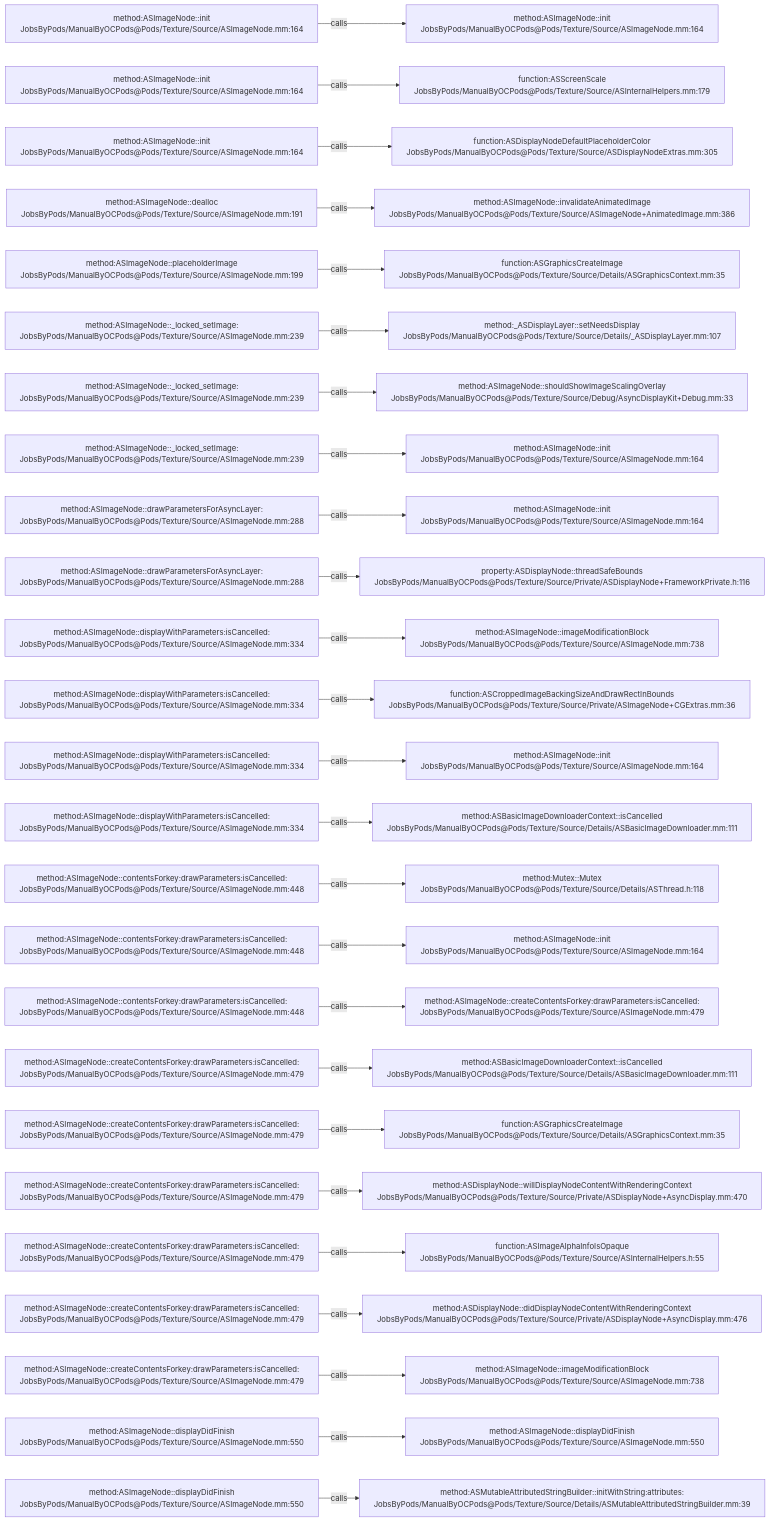
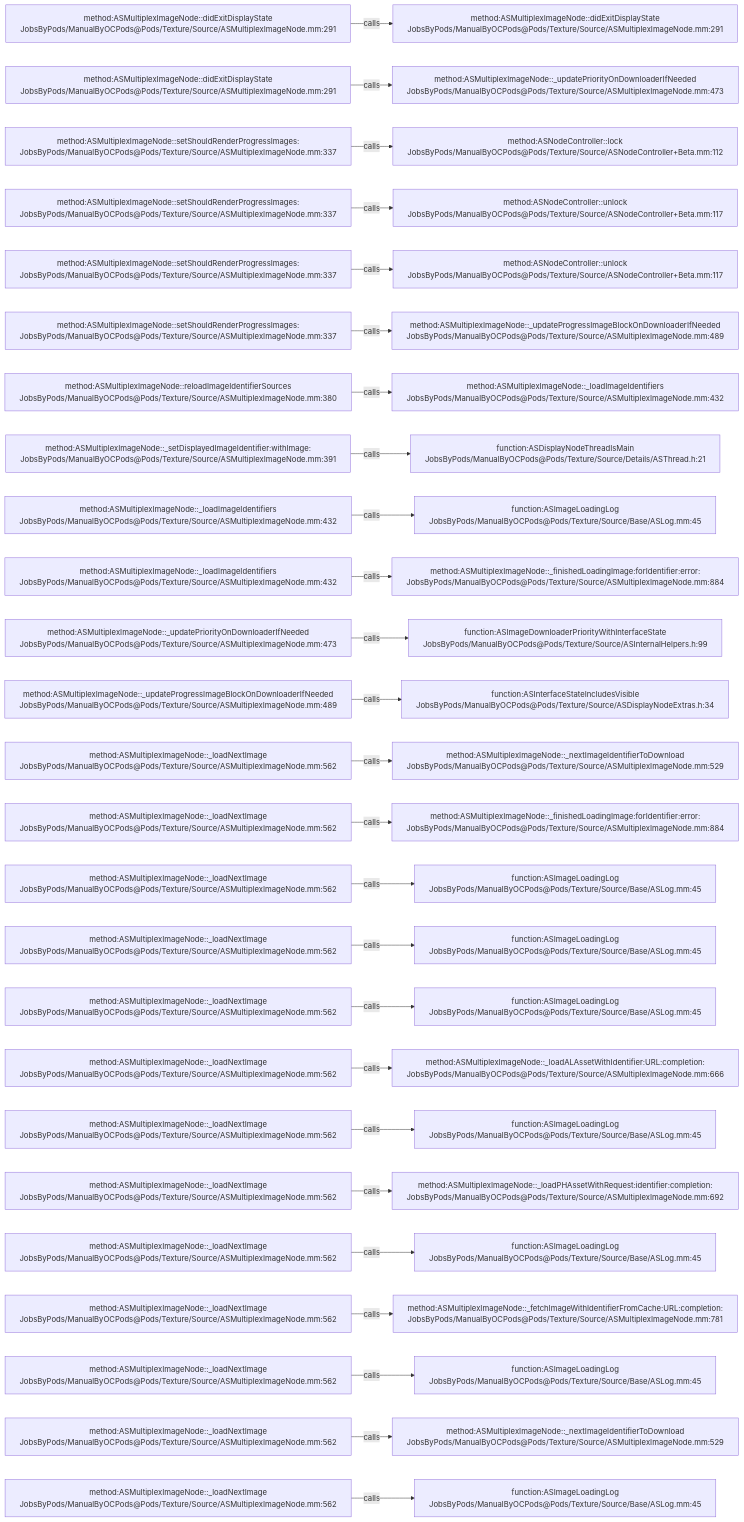
The diagram in .codegraph/codegraph.md/graphs/calls-117.md (JobsKits/JobsOCBaseConfigDemo), drawn with Mermaid before and after one commit. The commit also changed 1223 other files, not shown here.

````diff
--- a/.codegraph/codegraph.md/graphs/calls-117.md
+++ b/.codegraph/codegraph.md/graphs/calls-117.md
@@ -13,78 +13,78 @@
 ```mermaid
 flowchart LR
-  S1["method:ASImageNode::init<br/>JobsByPods/ManualByOCPods@Pods/Texture/Source/ASImageNode.mm:164"]
-  T1["method:ASImageNode::init<br/>JobsByPods/ManualByOCPods@Pods/Texture/Source/ASImageNode.mm:164"]
+  S1["method:ASMultiplexImageNode::didExitDisplayState<br/>JobsByPods/ManualByOCPods@Pods/Texture/Source/ASMultiplexImageNode.mm:291"]
+  T1["method:ASMultiplexImageNode::didExitDisplayState<br/>JobsByPods/ManualByOCPods@Pods/Texture/Source/ASMultiplexImageNode.mm:291"]
   S1 -->|calls| T1
-  S2["method:ASImageNode::init<br/>JobsByPods/ManualByOCPods@Pods/Texture/Source/ASImageNode.mm:164"]
-  T2["function:ASScreenScale<br/>JobsByPods/ManualByOCPods@Pods/Texture/Source/ASInternalHelpers.mm:179"]
+  S2["method:ASMultiplexImageNode::didExitDisplayState<br/>JobsByPods/ManualByOCPods@Pods/Texture/Source/ASMultiplexImageNode.mm:291"]
+  T2["method:ASMultiplexImageNode::_updatePriorityOnDownloaderIfNeeded<br/>JobsByPods/ManualByOCPods@Pods/Texture/Source/ASMultiplexImageNode.mm:473"]
   S2 -->|calls| T2
-  S3["method:ASImageNode::init<br/>JobsByPods/ManualByOCPods@Pods/Texture/Source/ASImageNode.mm:164"]
-  T3["function:ASDisplayNodeDefaultPlaceholderColor<br/>JobsByPods/ManualByOCPods@Pods/Texture/Source/ASDisplayNodeExtras.mm:305"]
+  S3["method:ASMultiplexImageNode::setShouldRenderProgressImages:<br/>JobsByPods/ManualByOCPods@Pods/Texture/Source/ASMultiplexImageNode.mm:337"]
+  T3["method:ASNodeController::lock<br/>JobsByPods/ManualByOCPods@Pods/Texture/Source/ASNodeController+Beta.mm:112"]
   S3 -->|calls| T3
-  S4["method:ASImageNode::dealloc<br/>JobsByPods/ManualByOCPods@Pods/Texture/Source/ASImageNode.mm:191"]
-  T4["method:ASImageNode::invalidateAnimatedImage<br/>JobsByPods/ManualByOCPods@Pods/Texture/Source/ASImageNode+AnimatedImage.mm:386"]
+  S4["method:ASMultiplexImageNode::setShouldRenderProgressImages:<br/>JobsByPods/ManualByOCPods@Pods/Texture/Source/ASMultiplexImageNode.mm:337"]
+  T4["method:ASNodeController::unlock<br/>JobsByPods/ManualByOCPods@Pods/Texture/Source/ASNodeController+Beta.mm:117"]
   S4 -->|calls| T4
-  S5["method:ASImageNode::placeholderImage<br/>JobsByPods/ManualByOCPods@Pods/Texture/Source/ASImageNode.mm:199"]
-  T5["function:ASGraphicsCreateImage<br/>JobsByPods/ManualByOCPods@Pods/Texture/Source/Details/ASGraphicsContext.mm:35"]
+  S5["method:ASMultiplexImageNode::setShouldRenderProgressImages:<br/>JobsByPods/ManualByOCPods@Pods/Texture/Source/ASMultiplexImageNode.mm:337"]
+  T5["method:ASNodeController::unlock<br/>JobsByPods/ManualByOCPods@Pods/Texture/Source/ASNodeController+Beta.mm:117"]
   S5 -->|calls| T5
-  S6["method:ASImageNode::_locked_setImage:<br/>JobsByPods/ManualByOCPods@Pods/Texture/Source/ASImageNode.mm:239"]
-  T6["method:_ASDisplayLayer::setNeedsDisplay<br/>JobsByPods/ManualByOCPods@Pods/Texture/Source/Details/_ASDisplayLayer.mm:107"]
+  S6["method:ASMultiplexImageNode::setShouldRenderProgressImages:<br/>JobsByPods/ManualByOCPods@Pods/Texture/Source/ASMultiplexImageNode.mm:337"]
+  T6["method:ASMultiplexImageNode::_updateProgressImageBlockOnDownloaderIfNeeded<br/>JobsByPods/ManualByOCPods@Pods/Texture/Source/ASMultiplexImageNode.mm:489"]
   S6 -->|calls| T6
-  S7["method:ASImageNode::_locked_setImage:<br/>JobsByPods/ManualByOCPods@Pods/Texture/Source/ASImageNode.mm:239"]
-  T7["method:ASImageNode::shouldShowImageScalingOverlay<br/>JobsByPods/ManualByOCPods@Pods/Texture/Source/Debug/AsyncDisplayKit+Debug.mm:33"]
+  S7["method:ASMultiplexImageNode::reloadImageIdentifierSources<br/>JobsByPods/ManualByOCPods@Pods/Texture/Source/ASMultiplexImageNode.mm:380"]
+  T7["method:ASMultiplexImageNode::_loadImageIdentifiers<br/>JobsByPods/ManualByOCPods@Pods/Texture/Source/ASMultiplexImageNode.mm:432"]
   S7 -->|calls| T7
-  S8["method:ASImageNode::_locked_setImage:<br/>JobsByPods/ManualByOCPods@Pods/Texture/Source/ASImageNode.mm:239"]
-  T8["method:ASImageNode::init<br/>JobsByPods/ManualByOCPods@Pods/Texture/Source/ASImageNode.mm:164"]
+  S8["method:ASMultiplexImageNode::_setDisplayedImageIdentifier:withImage:<br/>JobsByPods/ManualByOCPods@Pods/Texture/Source/ASMultiplexImageNode.mm:391"]
+  T8["function:ASDisplayNodeThreadIsMain<br/>JobsByPods/ManualByOCPods@Pods/Texture/Source/Details/ASThread.h:21"]
   S8 -->|calls| T8
-  S9["method:ASImageNode::drawParametersForAsyncLayer:<br/>JobsByPods/ManualByOCPods@Pods/Texture/Source/ASImageNode.mm:288"]
-  T9["method:ASImageNode::init<br/>JobsByPods/ManualByOCPods@Pods/Texture/Source/ASImageNode.mm:164"]
+  S9["method:ASMultiplexImageNode::_loadImageIdentifiers<br/>JobsByPods/ManualByOCPods@Pods/Texture/Source/ASMultiplexImageNode.mm:432"]
+  T9["function:ASImageLoadingLog<br/>JobsByPods/ManualByOCPods@Pods/Texture/Source/Base/ASLog.mm:45"]
   S9 -->|calls| T9
-  S10["method:ASImageNode::drawParametersForAsyncLayer:<br/>JobsByPods/ManualByOCPods@Pods/Texture/Source/ASImageNode.mm:288"]
-  T10["property:ASDisplayNode::threadSafeBounds<br/>JobsByPods/ManualByOCPods@Pods/Texture/Source/Private/ASDisplayNode+FrameworkPrivate.h:116"]
+  S10["method:ASMultiplexImageNode::_loadImageIdentifiers<br/>JobsByPods/ManualByOCPods@Pods/Texture/Source/ASMultiplexImageNode.mm:432"]
+  T10["method:ASMultiplexImageNode::_finishedLoadingImage:forIdentifier:error:<br/>JobsByPods/ManualByOCPods@Pods/Texture/Source/ASMultiplexImageNode.mm:884"]
   S10 -->|calls| T10
-  S11["method:ASImageNode::displayWithParameters:isCancelled:<br/>JobsByPods/ManualByOCPods@Pods/Texture/Source/ASImageNode.mm:334"]
-  T11["method:ASImageNode::imageModificationBlock<br/>JobsByPods/ManualByOCPods@Pods/Texture/Source/ASImageNode.mm:738"]
+  S11["method:ASMultiplexImageNode::_updatePriorityOnDownloaderIfNeeded<br/>JobsByPods/ManualByOCPods@Pods/Texture/Source/ASMultiplexImageNode.mm:473"]
+  T11["function:ASImageDownloaderPriorityWithInterfaceState<br/>JobsByPods/ManualByOCPods@Pods/Texture/Source/ASInternalHelpers.h:99"]
   S11 -->|calls| T11
-  S12["method:ASImageNode::displayWithParameters:isCancelled:<br/>JobsByPods/ManualByOCPods@Pods/Texture/Source/ASImageNode.mm:334"]
-  T12["function:ASCroppedImageBackingSizeAndDrawRectInBounds<br/>JobsByPods/ManualByOCPods@Pods/Texture/Source/Private/ASImageNode+CGExtras.mm:36"]
+  S12["method:ASMultiplexImageNode::_updateProgressImageBlockOnDownloaderIfNeeded<br/>JobsByPods/ManualByOCPods@Pods/Texture/Source/ASMultiplexImageNode.mm:489"]
+  T12["function:ASInterfaceStateIncludesVisible<br/>JobsByPods/ManualByOCPods@Pods/Texture/Source/ASDisplayNodeExtras.h:34"]
   S12 -->|calls| T12
-  S13["method:ASImageNode::displayWithParameters:isCancelled:<br/>JobsByPods/ManualByOCPods@Pods/Texture/Source/ASImageNode.mm:334"]
-  T13["method:ASImageNode::init<br/>JobsByPods/ManualByOCPods@Pods/Texture/Source/ASImageNode.mm:164"]
+  S13["method:ASMultiplexImageNode::_loadNextImage<br/>JobsByPods/ManualByOCPods@Pods/Texture/Source/ASMultiplexImageNode.mm:562"]
+  T13["method:ASMultiplexImageNode::_nextImageIdentifierToDownload<br/>JobsByPods/ManualByOCPods@Pods/Texture/Source/ASMultiplexImageNode.mm:529"]
   S13 -->|calls| T13
-  S14["method:ASImageNode::displayWithParameters:isCancelled:<br/>JobsByPods/ManualByOCPods@Pods/Texture/Source/ASImageNode.mm:334"]
-  T14["method:ASBasicImageDownloaderContext::isCancelled<br/>JobsByPods/ManualByOCPods@Pods/Texture/Source/Details/ASBasicImageDownloader.mm:111"]
+  S14["method:ASMultiplexImageNode::_loadNextImage<br/>JobsByPods/ManualByOCPods@Pods/Texture/Source/ASMultiplexImageNode.mm:562"]
+  T14["method:ASMultiplexImageNode::_finishedLoadingImage:forIdentifier:error:<br/>JobsByPods/ManualByOCPods@Pods/Texture/Source/ASMultiplexImageNode.mm:884"]
   S14 -->|calls| T14
-  S15["method:ASImageNode::contentsForkey:drawParameters:isCancelled:<br/>JobsByPods/ManualByOCPods@Pods/Texture/Source/ASImageNode.mm:448"]
-  T15["method:Mutex::Mutex<br/>JobsByPods/ManualByOCPods@Pods/Texture/Source/Details/ASThread.h:118"]
+  S15["method:ASMultiplexImageNode::_loadNextImage<br/>JobsByPods/ManualByOCPods@Pods/Texture/Source/ASMultiplexImageNode.mm:562"]
+  T15["function:ASImageLoadingLog<br/>JobsByPods/ManualByOCPods@Pods/Texture/Source/Base/ASLog.mm:45"]
   S15 -->|calls| T15
-  S16["method:ASImageNode::contentsForkey:drawParameters:isCancelled:<br/>JobsByPods/ManualByOCPods@Pods/Texture/Source/ASImageNode.mm:448"]
-  T16["method:ASImageNode::init<br/>JobsByPods/ManualByOCPods@Pods/Texture/Source/ASImageNode.mm:164"]
+  S16["method:ASMultiplexImageNode::_loadNextImage<br/>JobsByPods/ManualByOCPods@Pods/Texture/Source/ASMultiplexImageNode.mm:562"]
+  T16["function:ASImageLoadingLog<br/>JobsByPods/ManualByOCPods@Pods/Texture/Source/Base/ASLog.mm:45"]
   S16 -->|calls| T16
-  S17["method:ASImageNode::contentsForkey:drawParameters:isCancelled:<br/>JobsByPods/ManualByOCPods@Pods/Texture/Source/ASImageNode.mm:448"]
-  T17["method:ASImageNode::createContentsForkey:drawParameters:isCancelled:<br/>JobsByPods/ManualByOCPods@Pods/Texture/Source/ASImageNode.mm:479"]
+  S17["method:ASMultiplexImageNode::_loadNextImage<br/>JobsByPods/ManualByOCPods@Pods/Texture/Source/ASMultiplexImageNode.mm:562"]
+  T17["function:ASImageLoadingLog<br/>JobsByPods/ManualByOCPods@Pods/Texture/Source/Base/ASLog.mm:45"]
   S17 -->|calls| T17
-  S18["method:ASImageNode::createContentsForkey:drawParameters:isCancelled:<br/>JobsByPods/ManualByOCPods@Pods/Texture/Source/ASImageNode.mm:479"]
-  T18["method:ASBasicImageDownloaderContext::isCancelled<br/>JobsByPods/ManualByOCPods@Pods/Texture/Source/Details/ASBasicImageDownloader.mm:111"]
+  S18["method:ASMultiplexImageNode::_loadNextImage<br/>JobsByPods/ManualByOCPods@Pods/Texture/Source/ASMultiplexImageNode.mm:562"]
+  T18["method:ASMultiplexImageNode::_loadALAssetWithIdentifier:URL:completion:<br/>JobsByPods/ManualByOCPods@Pods/Texture/Source/ASMultiplexImageNode.mm:666"]
   S18 -->|calls| T18
-  S19["method:ASImageNode::createContentsForkey:drawParameters:isCancelled:<br/>JobsByPods/ManualByOCPods@Pods/Texture/Source/ASImageNode.mm:479"]
-  T19["function:ASGraphicsCreateImage<br/>JobsByPods/ManualByOCPods@Pods/Texture/Source/Details/ASGraphicsContext.mm:35"]
+  S19["method:ASMultiplexImageNode::_loadNextImage<br/>JobsByPods/ManualByOCPods@Pods/Texture/Source/ASMultiplexImageNode.mm:562"]
+  T19["function:ASImageLoadingLog<br/>JobsByPods/ManualByOCPods@Pods/Texture/Source/Base/ASLog.mm:45"]
   S19 -->|calls| T19
-  S20["method:ASImageNode::createContentsForkey:drawParameters:isCancelled:<br/>JobsByPods/ManualByOCPods@Pods/Texture/Source/ASImageNode.mm:479"]
-  T20["method:ASDisplayNode::willDisplayNodeContentWithRenderingContext<br/>JobsByPods/ManualByOCPods@Pods/Texture/Source/Private/ASDisplayNode+AsyncDisplay.mm:470"]
+  S20["method:ASMultiplexImageNode::_loadNextImage<br/>JobsByPods/ManualByOCPods@Pods/Texture/Source/ASMultiplexImageNode.mm:562"]
+  T20["method:ASMultiplexImageNode::_loadPHAssetWithRequest:identifier:completion:<br/>JobsByPods/ManualByOCPods@Pods/Texture/Source/ASMultiplexImageNode.mm:692"]
   S20 -->|calls| T20
-  S21["method:ASImageNode::createContentsForkey:drawParameters:isCancelled:<br/>JobsByPods/ManualByOCPods@Pods/Texture/Source/ASImageNode.mm:479"]
-  T21["function:ASImageAlphaInfoIsOpaque<br/>JobsByPods/ManualByOCPods@Pods/Texture/Source/ASInternalHelpers.h:55"]
+  S21["method:ASMultiplexImageNode::_loadNextImage<br/>JobsByPods/ManualByOCPods@Pods/Texture/Source/ASMultiplexImageNode.mm:562"]
+  T21["function:ASImageLoadingLog<br/>JobsByPods/ManualByOCPods@Pods/Texture/Source/Base/ASLog.mm:45"]
   S21 -->|calls| T21
-  S22["method:ASImageNode::createContentsForkey:drawParameters:isCancelled:<br/>JobsByPods/ManualByOCPods@Pods/Texture/Source/ASImageNode.mm:479"]
-  T22["method:ASDisplayNode::didDisplayNodeContentWithRenderingContext<br/>JobsByPods/ManualByOCPods@Pods/Texture/Source/Private/ASDisplayNode+AsyncDisplay.mm:476"]
+  S22["method:ASMultiplexImageNode::_loadNextImage<br/>JobsByPods/ManualByOCPods@Pods/Texture/Source/ASMultiplexImageNode.mm:562"]
+  T22["method:ASMultiplexImageNode::_fetchImageWithIdentifierFromCache:URL:completion:<br/>JobsByPods/ManualByOCPods@Pods/Texture/Source/ASMultiplexImageNode.mm:781"]
   S22 -->|calls| T22
-  S23["method:ASImageNode::createContentsForkey:drawParameters:isCancelled:<br/>JobsByPods/ManualByOCPods@Pods/Texture/Source/ASImageNode.mm:479"]
-  T23["method:ASImageNode::imageModificationBlock<br/>JobsByPods/ManualByOCPods@Pods/Texture/Source/ASImageNode.mm:738"]
+  S23["method:ASMultiplexImageNode::_loadNextImage<br/>JobsByPods/ManualByOCPods@Pods/Texture/Source/ASMultiplexImageNode.mm:562"]
+  T23["function:ASImageLoadingLog<br/>JobsByPods/ManualByOCPods@Pods/Texture/Source/Base/ASLog.mm:45"]
   S23 -->|calls| T23
-  S24["method:ASImageNode::displayDidFinish<br/>JobsByPods/ManualByOCPods@Pods/Texture/Source/ASImageNode.mm:550"]
-  T24["method:ASImageNode::displayDidFinish<br/>JobsByPods/ManualByOCPods@Pods/Texture/Source/ASImageNode.mm:550"]
+  S24["method:ASMultiplexImageNode::_loadNextImage<br/>JobsByPods/ManualByOCPods@Pods/Texture/Source/ASMultiplexImageNode.mm:562"]
+  T24["method:ASMultiplexImageNode::_nextImageIdentifierToDownload<br/>JobsByPods/ManualByOCPods@Pods/Texture/Source/ASMultiplexImageNode.mm:529"]
   S24 -->|calls| T24
-  S25["method:ASImageNode::displayDidFinish<br/>JobsByPods/ManualByOCPods@Pods/Texture/Source/ASImageNode.mm:550"]
-  T25["method:ASMutableAttributedStringBuilder::initWithString:attributes:<br/>JobsByPods/ManualByOCPods@Pods/Texture/Source/Details/ASMutableAttributedStringBuilder.mm:39"]
+  S25["method:ASMultiplexImageNode::_loadNextImage<br/>JobsByPods/ManualByOCPods@Pods/Texture/Source/ASMultiplexImageNode.mm:562"]
+  T25["function:ASImageLoadingLog<br/>JobsByPods/ManualByOCPods@Pods/Texture/Source/Base/ASLog.mm:45"]
   S25 -->|calls| T25
 ```
````
